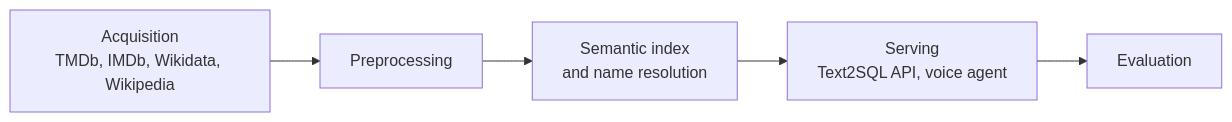
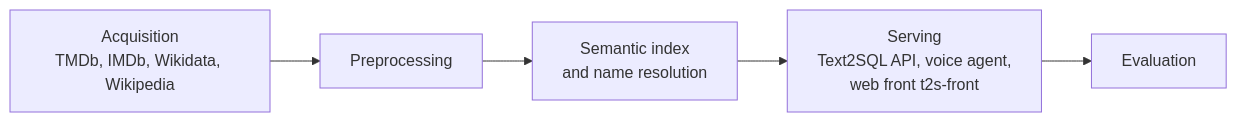
One commit to vaugouin/vaugouin changed the diagram in README.md. Above: the diagram before and after it, drawn with Mermaid.

Commit message:
Profile README: name t2s-front in the serving stage of the pipeline graph

````diff
--- a/README.md
+++ b/README.md
@@ -13,7 +13,7 @@
 ```mermaid
 flowchart LR
   A[Acquisition<br/>TMDb, IMDb, Wikidata, Wikipedia] --> B[Preprocessing]
   B --> C[Semantic index<br/>and name resolution]
-  C --> D[Serving<br/>Text2SQL API, voice agent]
+  C --> D[Serving<br/>Text2SQL API, voice agent,<br/>web front t2s-front]
   D --> E[Evaluation]
 ```
````
